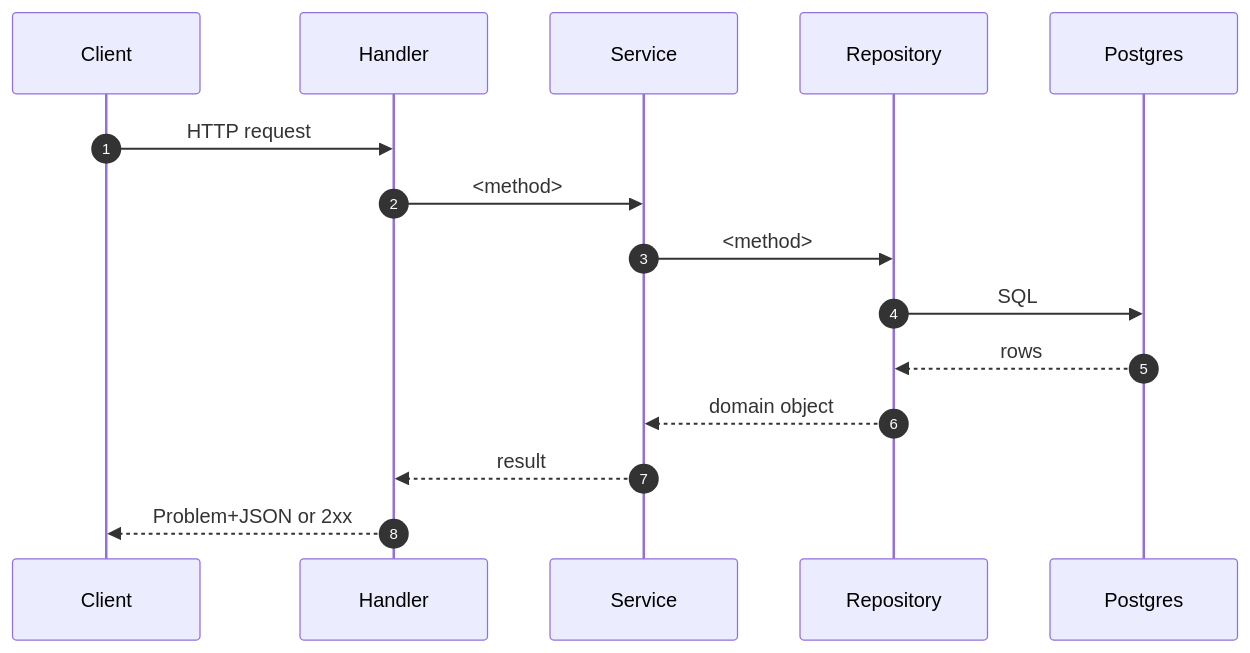
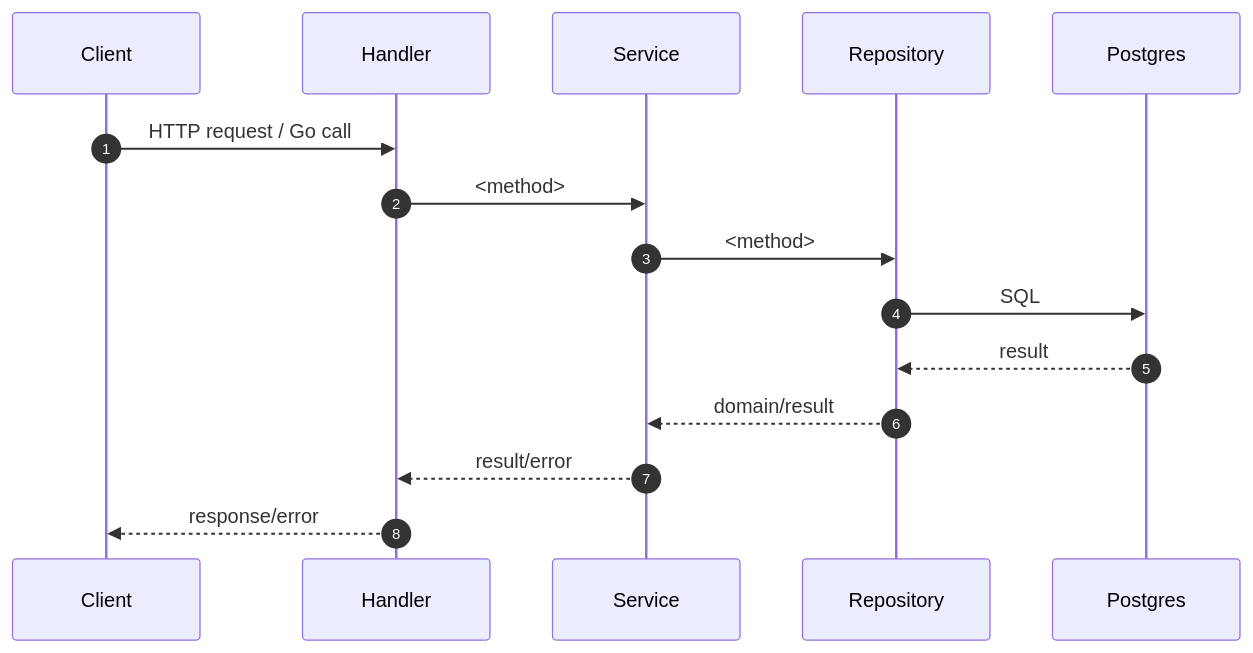
One commit to developmentconexus-ops/MetalDocs changed the third of 3 diagrams in .claude/skills/metaldocs-module-doc/templates/module-doc.md. Above: the diagram before and after it, drawn with Mermaid. The commit also changed other lines of this file and 8 other files, not shown here.

````diff
--- a/.claude/skills/metaldocs-module-doc/templates/module-doc.md
+++ b/.claude/skills/metaldocs-module-doc/templates/module-doc.md
@@ -133,17 +150,17 @@
 ```mermaid
 sequenceDiagram
     autonumber
     participant C as Client
     participant H as Handler
     participant S as Service
     participant R as Repository
     participant DB as Postgres
-    C->>H: HTTP request
+    C->>H: HTTP request / Go call
     H->>S: <method>
     S->>R: <method>
     R->>DB: SQL
-    DB-->>R: rows
-    R-->>S: domain object
-    S-->>H: result
-    H-->>C: Problem+JSON or 2xx
+    DB-->>R: result
+    R-->>S: domain/result
+    S-->>H: result/error
+    H-->>C: response/error
 ```
````
